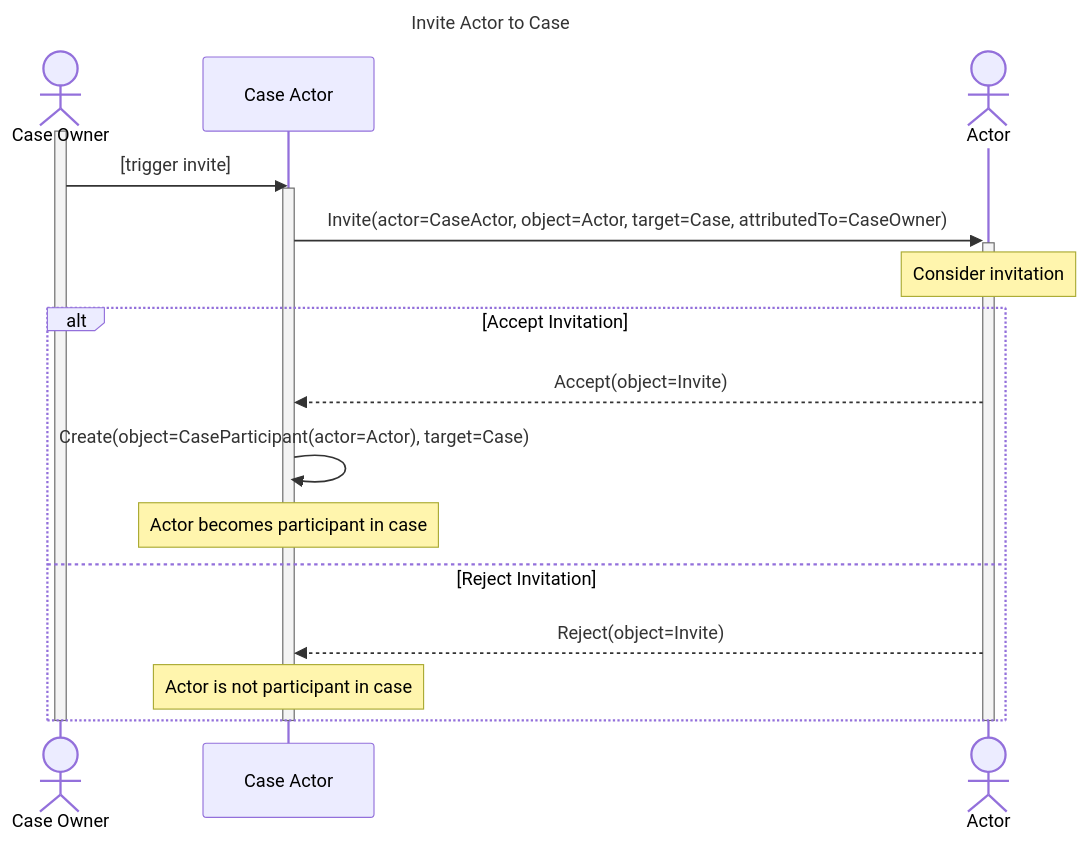
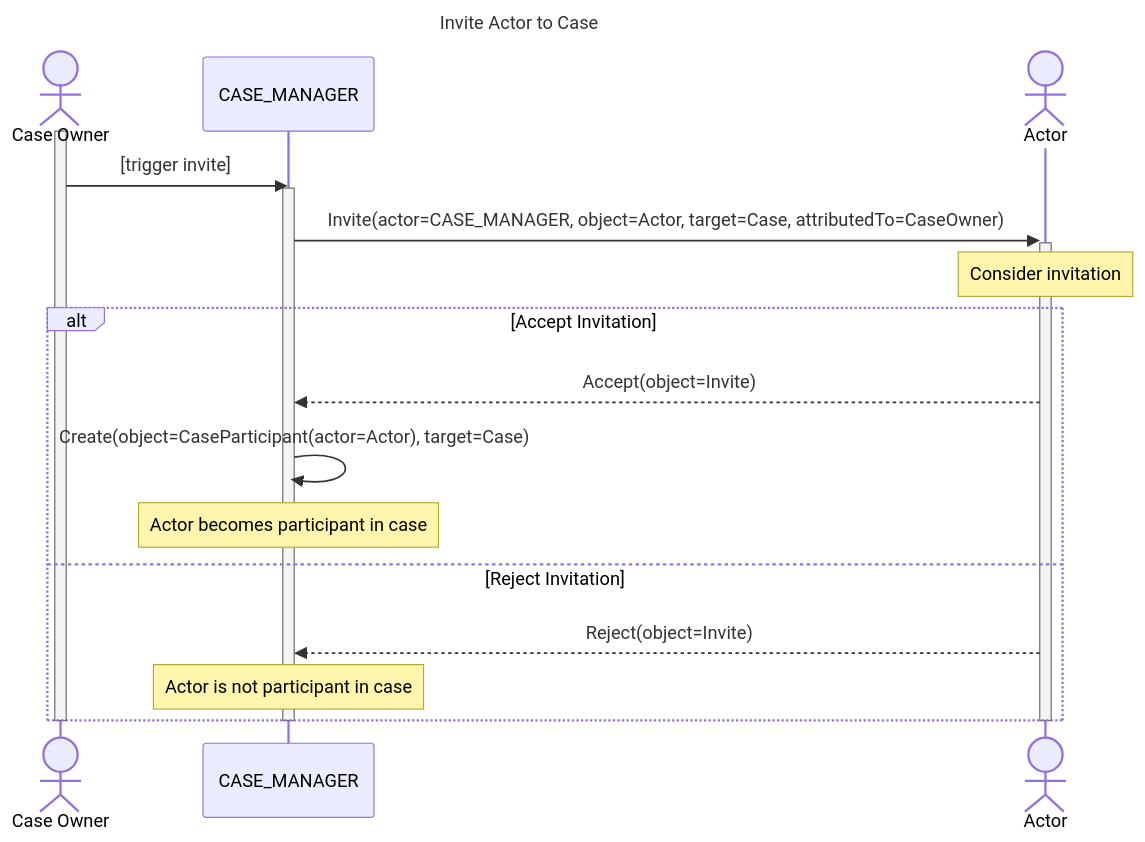
Before and after one commit to CERTCC/Vultron: the first of 3 diagrams in docs/howto/activitypub/activities/invite_actor.md, drawn with Mermaid. The commit also changed other lines of this file and 9 other files, not shown here.

First line of the commit message:
fix(pr-execute): address 10 findings from triage — complete CASE_MANAGER migration

````diff
--- a/docs/howto/activitypub/activities/invite_actor.md
+++ b/docs/howto/activitypub/activities/invite_actor.md
@@ -14,25 +14,25 @@
 ```mermaid
 ---
 title: Invite Actor to Case
 ---
 sequenceDiagram
     actor O as Case Owner
-    participant CA as Case Actor
+    participant CA as CASE_MANAGER
     actor A as Actor
     activate O
     O ->> CA: [trigger invite]
     activate CA
-    CA ->>+ A: Invite(actor=CaseActor, object=Actor, target=Case, attributedTo=CaseOwner)
+    CA ->>+ A: Invite(actor=CASE_MANAGER, object=Actor, target=Case, attributedTo=CaseOwner)
     note over A: Consider invitation
     alt Accept Invitation
         A -->> CA: Accept(object=Invite)
         CA ->> CA: Create(object=CaseParticipant(actor=Actor), target=Case)
         note over CA: Actor becomes participant in case
     else Reject Invitation
         A -->> CA: Reject(object=Invite)
         note over CA: Actor is not participant in case
     end
     deactivate A
     deactivate CA
     deactivate O
 ```
````
